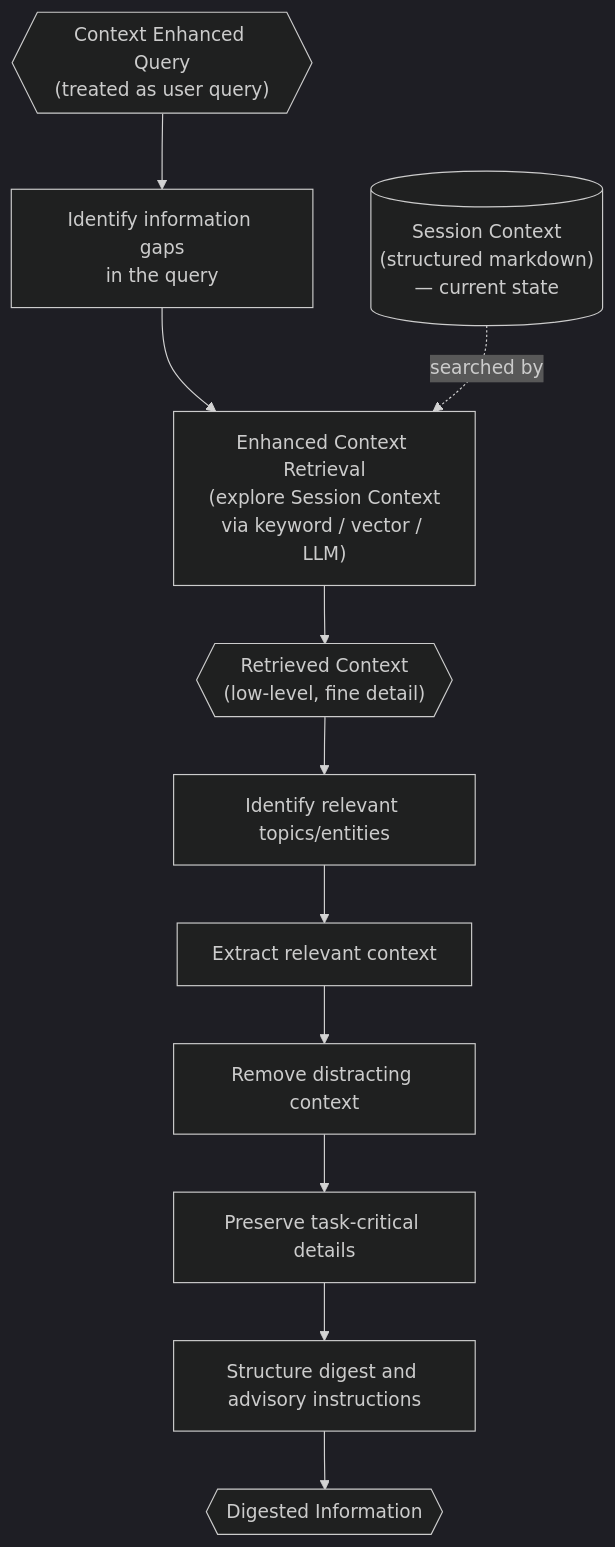
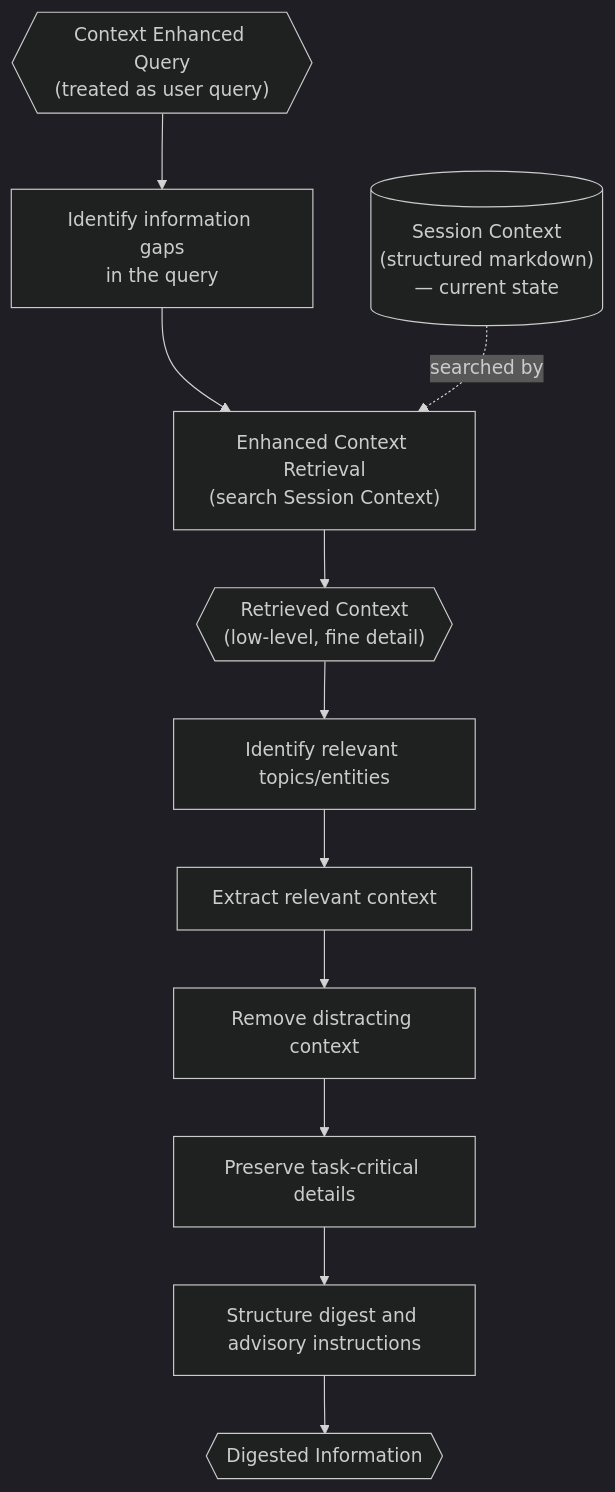
The diagram in src/tinycua/docs/architecture/information-digestion.md (VJyzCELERY/TINYCUA), drawn with Mermaid (dark theme) before and after one commit. The commit also changed other lines of this file and 1 other file, not shown here.

Commit message:
docs: keep Enhanced Context Retrieval at conceptual level, remove implementation detail leaks
- Collapsed 'Search Approaches' (keyword/vector/LLM bullet list) and
  'LLM-First Retrieval' into a single 'Search Approach' section
- Stripped implementation specifics from Information Digester Mermaid node
  and Tools description — exact search strategy is an implementation detail

````diff
--- a/src/tinycua/docs/architecture/information-digestion.md
+++ b/src/tinycua/docs/architecture/information-digestion.md
@@ -50,25 +50,25 @@
 ```mermaid
 flowchart TD
     CEQ{{"Context Enhanced Query\n(treated as user query)"}}
     GAPS["Identify information gaps\nin the query"]
-    RETRIEVE["Enhanced Context Retrieval\n(explore Session Context\nvia keyword / vector / LLM)"]
+    RETRIEVE["Enhanced Context Retrieval\n(search Session Context)"]
     SESSION_CTX[("Session Context\n(structured markdown)\n— current state")]
     RET_CTX{{"Retrieved Context\n(low-level, fine detail)"}}
     FOCUS["Identify relevant topics/entities"]
     EXTRACT["Extract relevant context"]
     FILTER["Remove distracting context"]
     PRESERVE["Preserve task-critical details"]
     STRUCTURE["Structure digest and advisory instructions"]
     DI{{"Digested Information"}}
 
     CEQ --> GAPS
     GAPS --> RETRIEVE
     SESSION_CTX -. "searched by" .-> RETRIEVE
     RETRIEVE --> RET_CTX
     RET_CTX --> FOCUS
     FOCUS --> EXTRACT
     EXTRACT --> FILTER
     FILTER --> PRESERVE
     PRESERVE --> STRUCTURE
     STRUCTURE --> DI
 ```
````
